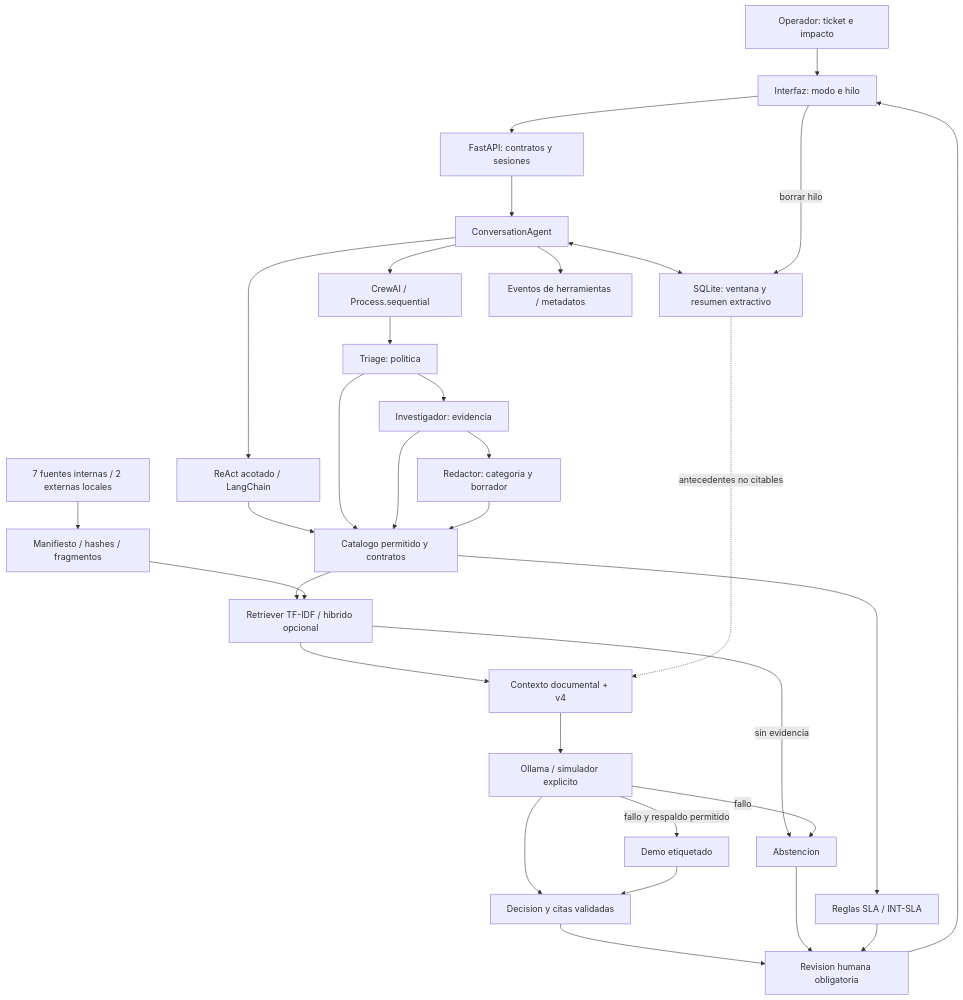
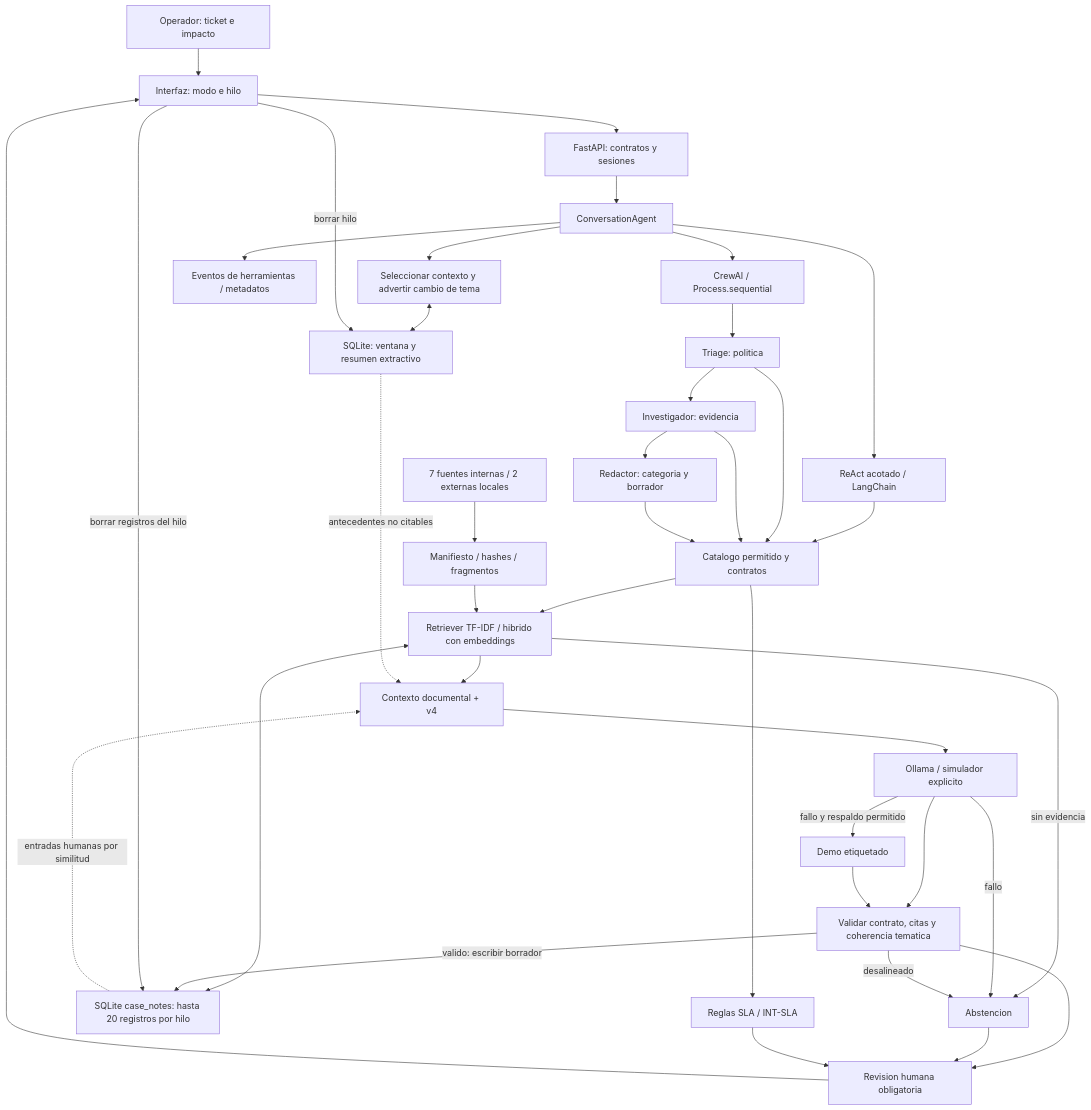
One commit to Antonellacuvertino/cat-ia changed the diagram in docs/arquitectura.mmd. Above: the diagram before and after it, drawn with Mermaid. The commit also changed 35 other files, not shown here.

```diff
--- a/docs/arquitectura.mmd
+++ b/docs/arquitectura.mmd
@@ -1,32 +1,38 @@
 flowchart TB
     U[Operador: ticket e impacto] --> UI[Interfaz: modo e hilo]
     UI --> API[FastAPI: contratos y sesiones]
     API --> A[ConversationAgent]
-    A <--> MEM[SQLite: ventana y resumen extractivo]
+    A --> GC[Seleccionar contexto y advertir cambio de tema]
+    GC <--> MEM[SQLite: ventana y resumen extractivo]
     A --> R[ReAct acotado / LangChain]
     A --> C[CrewAI / Process.sequential]
     C --> T[Triage: politica]
     T --> I[Investigador: evidencia]
     I --> D[Redactor: categoria y borrador]
     R --> TOOLS[Catalogo permitido y contratos]
     T --> TOOLS
     I --> TOOLS
     D --> TOOLS
     TOOLS --> SLA[Reglas SLA / INT-SLA]
-    TOOLS --> RET[Retriever TF-IDF / hibrido opcional]
+    TOOLS --> RET[Retriever TF-IDF / hibrido con embeddings]
+    RET <--> NOTES[SQLite case_notes: hasta 20 registros por hilo]
+    NOTES -. entradas humanas por similitud .-> CTX
     F[7 fuentes internas / 2 externas locales] --> ING[Manifiesto / hashes / fragmentos]
     ING --> RET
     RET --> CTX[Contexto documental + v4]
     MEM -. antecedentes no citables .-> CTX
     CTX --> L[Ollama / simulador explicito]
-    L --> V[Decision y citas validadas]
+    L --> V[Validar contrato, citas y coherencia tematica]
     RET -->|sin evidencia| N[Abstencion]
     L -->|fallo| N
     L -->|fallo y respaldo permitido| SIM[Demo etiquetado]
     SIM --> V
+    V -->|valido: escribir borrador| NOTES
+    V -->|desalineado| N
     V --> H[Revision humana obligatoria]
     N --> H
     SLA --> H
     H --> UI
     A --> LOG[Eventos de herramientas / metadatos]
     UI -->|borrar hilo| MEM
+    UI -->|borrar registros del hilo| NOTES
```
